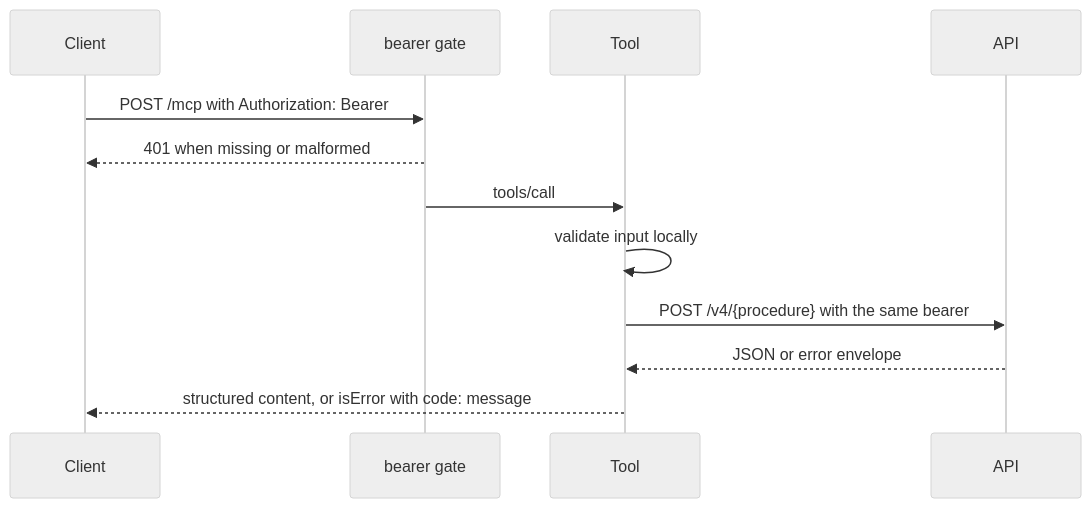
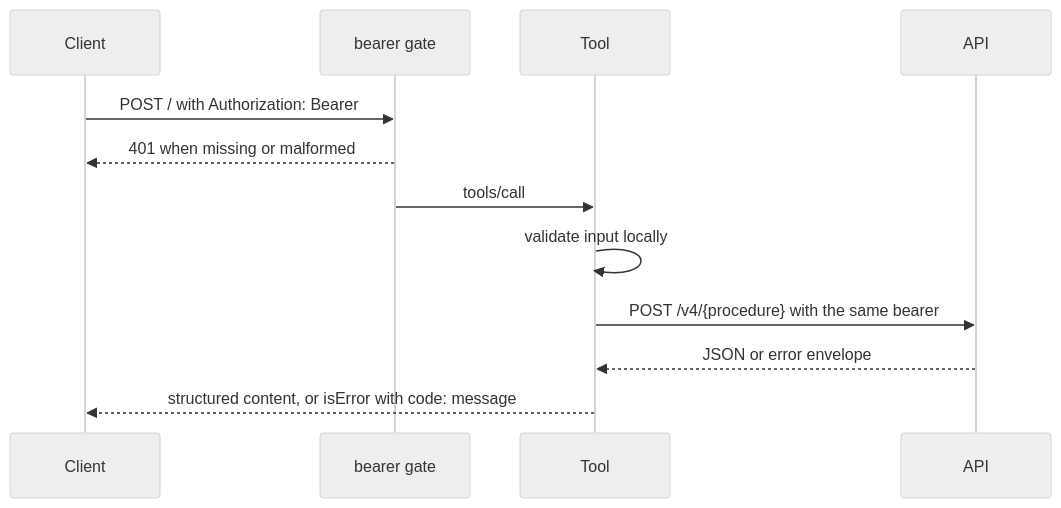
The second of 2 diagrams in docs/ARCHITECTURE.md (chill-institute/chill-mcp), drawn with Mermaid (neutral theme) before and after one commit. The commit also changed 5 other files, not shown here.

````diff
--- a/docs/ARCHITECTURE.md
+++ b/docs/ARCHITECTURE.md
@@ -29,15 +29,15 @@
 ```mermaid
 sequenceDiagram
   participant Client
   participant Gate as bearer gate
   participant Tool
   participant API
 
-  Client->>Gate: POST /mcp with Authorization: Bearer
+  Client->>Gate: POST / with Authorization: Bearer
   Gate-->>Client: 401 when missing or malformed
   Gate->>Tool: tools/call
   Tool->>Tool: validate input locally
   Tool->>API: POST /v4/{procedure} with the same bearer
   API-->>Tool: JSON or error envelope
   Tool-->>Client: structured content, or isError with code: message
 ```
````
